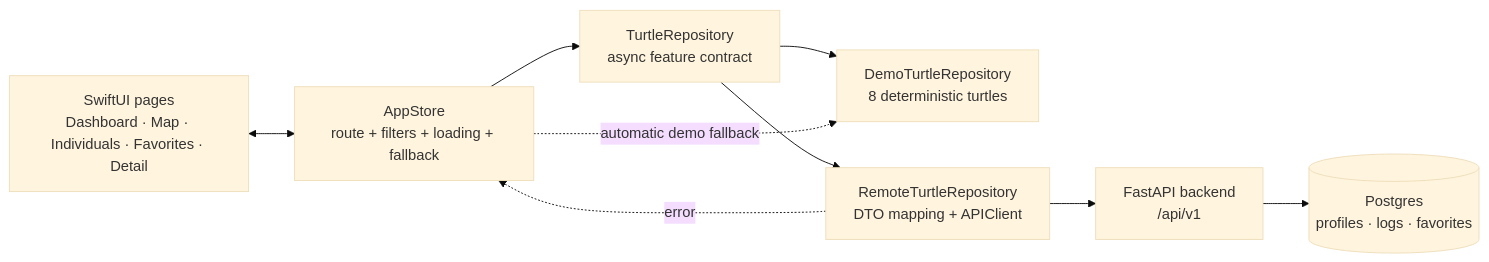
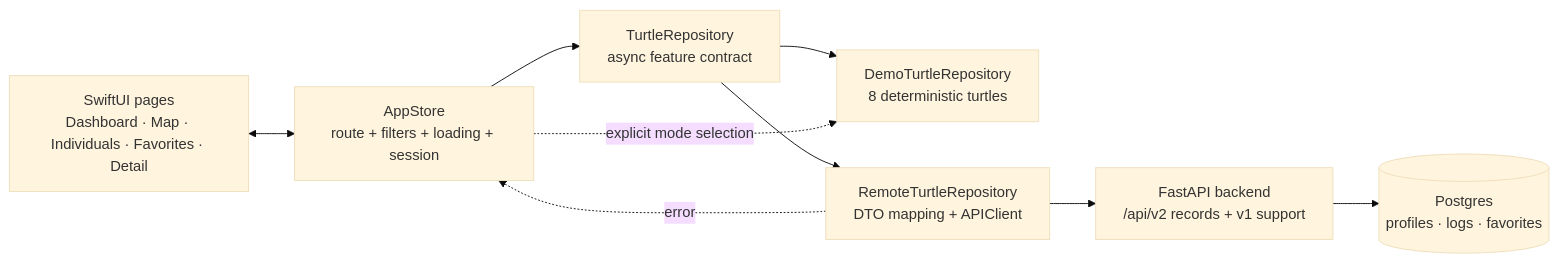
Before and after one commit to gungfebrian/Ada_Penyu_Mac: the diagram in docs/architecture.md, drawn with Mermaid (base theme). The commit also changed other lines of this file and 31 other files, not shown here.

Commit message:
feat(api): add secure sessions, debug settings, and v2 records

````diff
--- a/docs/architecture.md
+++ b/docs/architecture.md
@@ -9,17 +9,17 @@
 ```mermaid
 flowchart LR
     UI[SwiftUI pages\nDashboard · Map · Individuals · Favorites · Detail]
-    STORE[AppStore\nroute + filters + loading + fallback]
+    STORE[AppStore\nroute + filters + loading + session]
     REPO[TurtleRepository\nasync feature contract]
     DEMO[DemoTurtleRepository\n8 deterministic turtles]
     API[RemoteTurtleRepository\nDTO mapping + APIClient]
-    BE[FastAPI backend\n/api/v1]
+    BE[FastAPI backend\n/api/v2 records + v1 support]
     DB[(Postgres\nprofiles · logs · favorites)]
     UI <--> STORE
     STORE --> REPO
     REPO --> DEMO
     REPO --> API
     API --> BE --> DB
     API -. error .-> STORE
-    STORE -. automatic demo fallback .-> DEMO
+    STORE -. explicit mode selection .-> DEMO
 ```
````
